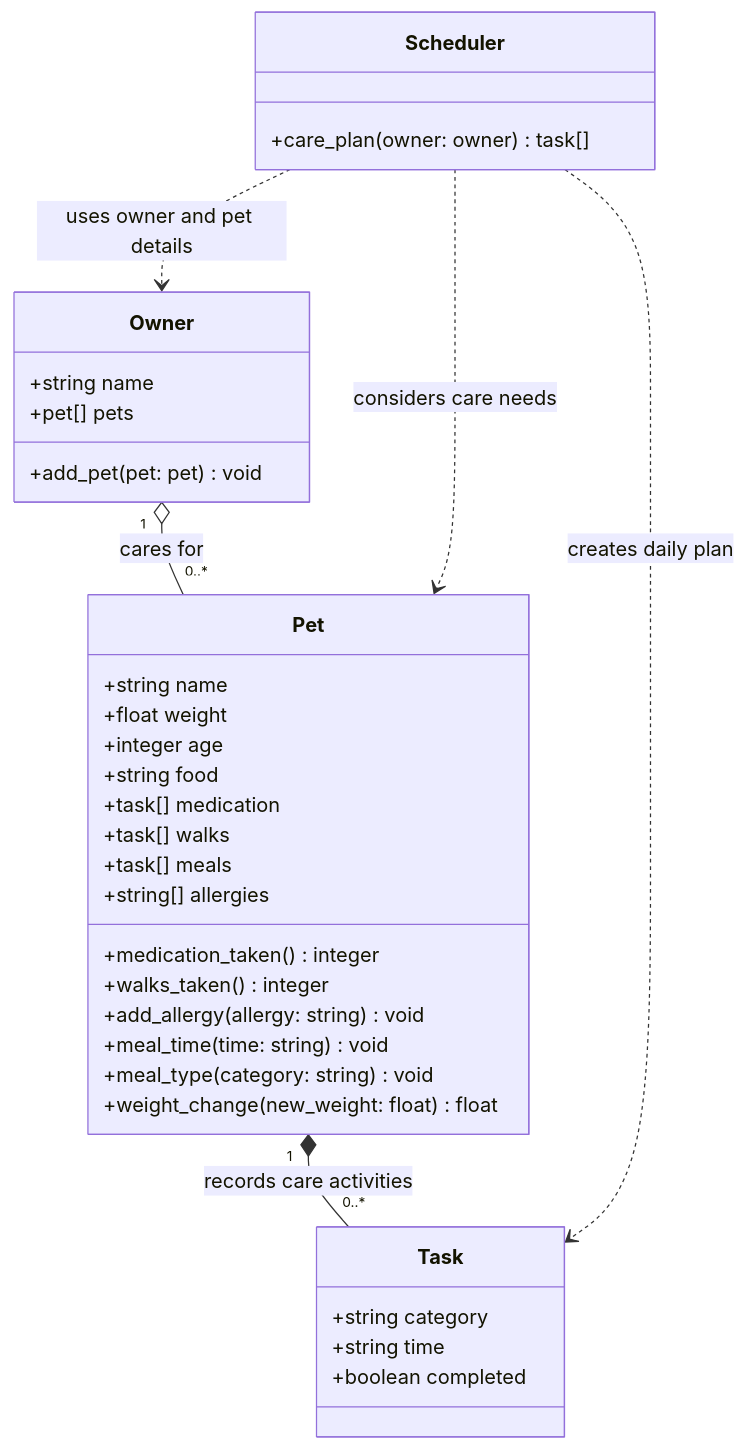
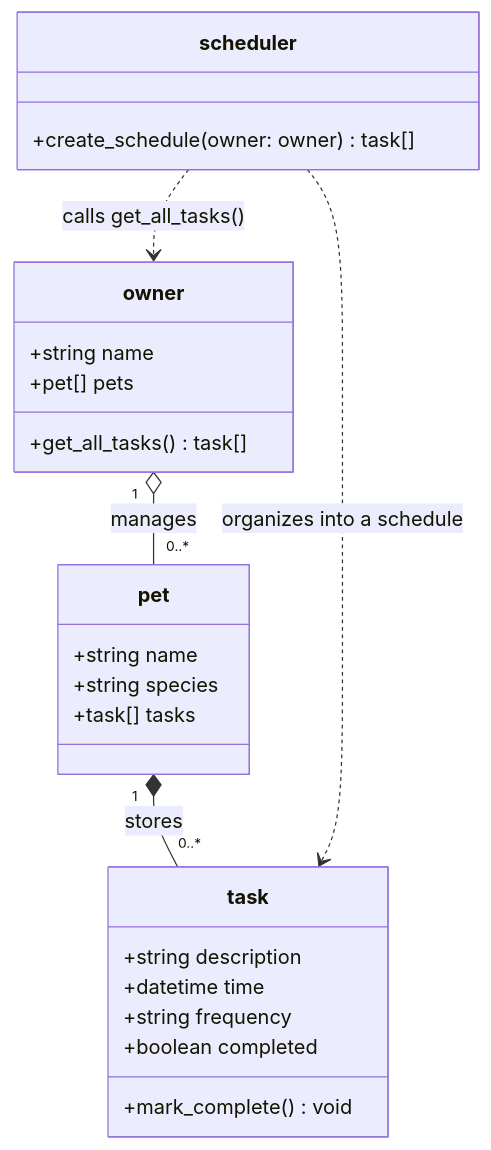
The diagram in diagrams/uml_draft.mmd (hdyo7/ai110-module2show-pawpal-starter), drawn with Mermaid before and after one commit. The commit also changed 1 other file, not shown here.

Commit message:
chore: add class skeletons from UML

````diff
--- a/diagrams/uml_draft.mmd
+++ b/diagrams/uml_draft.mmd
@@ -1,41 +1,29 @@
-```mermaid
 classDiagram
-    class Owner {
+    class task {
+        +string description
+        +datetime time
+        +string frequency
+        +boolean completed
+        +mark_complete() void
+    }
+
+    class pet {
+        +string name
+        +string species
+        +task[] tasks
+    }
+
+    class owner {
         +string name
         +pet[] pets
-        +add_pet(pet: pet) void
+        +get_all_tasks() task[]
     }
 
-    class Pet {
-        +string name
-        +float weight
-        +integer age
-        +string food
-        +task[] medication
-        +task[] walks
-        +task[] meals
-        +string[] allergies
-        +medication_taken() integer
-        +walks_taken() integer
-        +add_allergy(allergy: string) void
-        +meal_time(time: string) void
-        +meal_type(category: string) void
-        +weight_change(new_weight: float) float
+    class scheduler {
+        +create_schedule(owner: owner) task[]
     }
 
-    class Task {
-        +string category
-        +string time
-        +boolean completed
-    }
-
-    class Scheduler {
-        +care_plan(owner: owner) task[]
-    }
-
-    Owner "1" o-- "0..*" Pet : cares for
-    Pet "1" *-- "0..*" Task : records care activities
-    Scheduler ..> Owner : uses owner and pet details
-    Scheduler ..> Pet : considers care needs
-    Scheduler ..> Task : creates daily plan
-```
+    owner "1" o-- "0..*" pet : manages
+    pet "1" *-- "0..*" task : stores
+    scheduler ..> owner : calls get_all_tasks()
+    scheduler ..> task : organizes into a schedule
````
